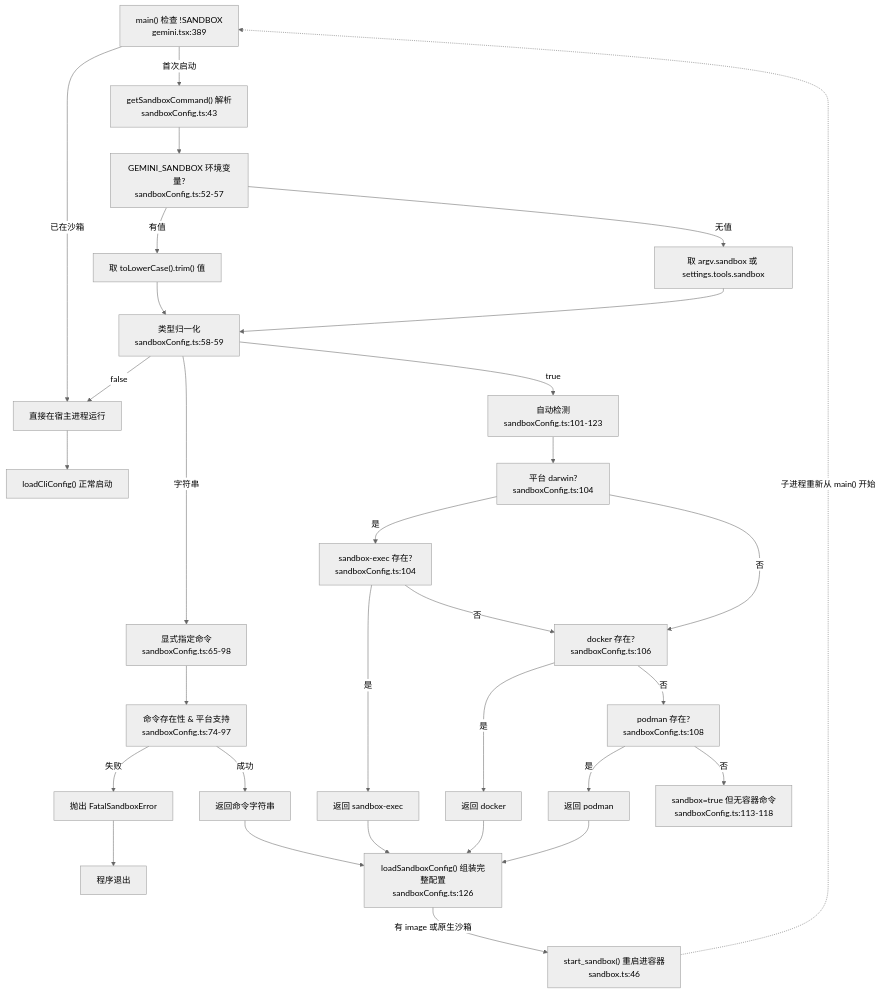
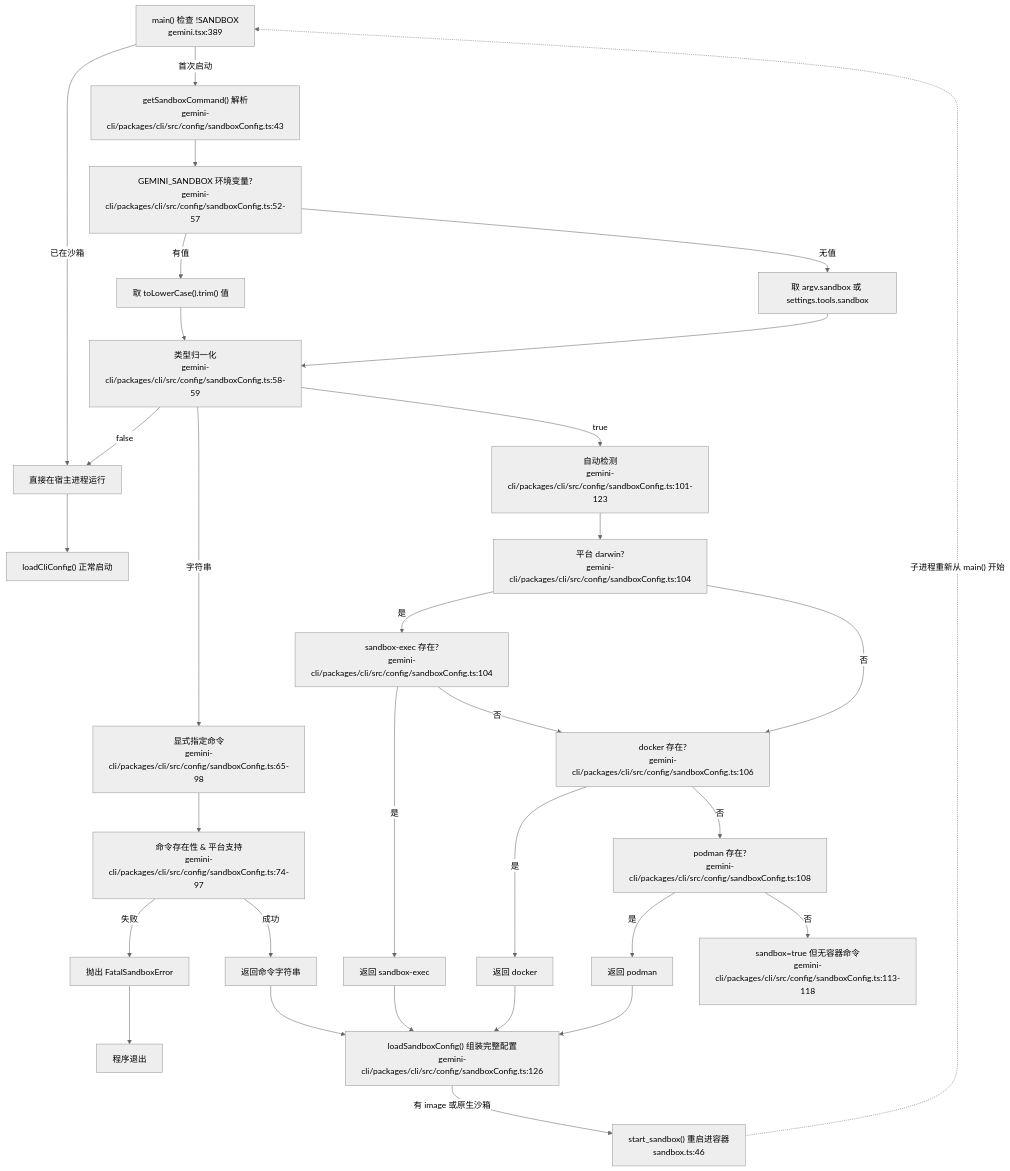
One commit to feuyeux/hello-olleh changed the second of 2 diagrams in hello-gemini-cli/02-startup-flow.md. Above: the diagram before and after it, drawn with Mermaid. The commit also changed other lines of this file and 36 other files, not shown here.

````diff
--- a/hello-gemini-cli/02-startup-flow.md
+++ b/hello-gemini-cli/02-startup-flow.md
@@ -73,35 +73,35 @@
 ```mermaid
 %%{init: {'theme': 'neutral'}}%%
 flowchart TD
     Entry["main() 检查 !SANDBOX<br/>gemini.tsx:389"]
     Entry -->|已在沙箱| Direct["直接在宿主进程运行"]
-    Entry -->|首次启动| Resolve["getSandboxCommand() 解析<br/>sandboxConfig.ts:43"]
-    Resolve --> Env["GEMINI_SANDBOX 环境变量?<br/>sandboxConfig.ts:52-57"]
+    Entry -->|首次启动| Resolve["getSandboxCommand() 解析<br/>gemini-cli/packages/cli/src/config/sandboxConfig.ts:43"]
+    Resolve --> Env["GEMINI_SANDBOX 环境变量?<br/>gemini-cli/packages/cli/src/config/sandboxConfig.ts:52-57"]
     Env -->|有值| EnvVal["取 toLowerCase().trim() 值"]
     Env -->|无值| ArgVal["取 argv.sandbox 或 settings.tools.sandbox"]
-    EnvVal --> Normalize["类型归一化<br/>sandboxConfig.ts:58-59"]
+    EnvVal --> Normalize["类型归一化<br/>gemini-cli/packages/cli/src/config/sandboxConfig.ts:58-59"]
     ArgVal --> Normalize
     Normalize -->|false| Direct
-    Normalize -->|字符串| Explicit["显式指定命令<br/>sandboxConfig.ts:65-98"]
-    Normalize -->|true| Auto["自动检测<br/>sandboxConfig.ts:101-123"]
-    Explicit --> Validate["命令存在性 & 平台支持<br/>sandboxConfig.ts:74-97"]
+    Normalize -->|字符串| Explicit["显式指定命令<br/>gemini-cli/packages/cli/src/config/sandboxConfig.ts:65-98"]
+    Normalize -->|true| Auto["自动检测<br/>gemini-cli/packages/cli/src/config/sandboxConfig.ts:101-123"]
+    Explicit --> Validate["命令存在性 & 平台支持<br/>gemini-cli/packages/cli/src/config/sandboxConfig.ts:74-97"]
     Validate -->|失败| Error["抛出 FatalSandboxError"]
     Validate -->|成功| ReturnCmd["返回命令字符串"]
-    Auto --> Darwin?["平台 darwin?<br/>sandboxConfig.ts:104"]
-    Darwin? -->|是| SB?["sandbox-exec 存在?<br/>sandboxConfig.ts:104"]
-    Darwin? -->|否| Docker?["docker 存在?<br/>sandboxConfig.ts:106"]
+    Auto --> Darwin?["平台 darwin?<br/>gemini-cli/packages/cli/src/config/sandboxConfig.ts:104"]
+    Darwin? -->|是| SB?["sandbox-exec 存在?<br/>gemini-cli/packages/cli/src/config/sandboxConfig.ts:104"]
+    Darwin? -->|否| Docker?["docker 存在?<br/>gemini-cli/packages/cli/src/config/sandboxConfig.ts:106"]
     SB? -->|是| ReturnSeatbelt["返回 sandbox-exec"]
     SB? -->|否| Docker?
     Docker? -->|是| ReturnDocker["返回 docker"]
-    Docker? -->|否| Podman?["podman 存在?<br/>sandboxConfig.ts:108"]
+    Docker? -->|否| Podman?["podman 存在?<br/>gemini-cli/packages/cli/src/config/sandboxConfig.ts:108"]
     Podman? -->|是| ReturnPodman["返回 podman"]
-    Podman? -->|否| NoCmd["sandbox=true 但无容器命令<br/>sandboxConfig.ts:113-118"]
+    Podman? -->|否| NoCmd["sandbox=true 但无容器命令<br/>gemini-cli/packages/cli/src/config/sandboxConfig.ts:113-118"]
     Direct --> MainFlow["loadCliConfig() 正常启动"]
-    ReturnCmd --> LoadCfg["loadSandboxConfig() 组装完整配置<br/>sandboxConfig.ts:126"]
+    ReturnCmd --> LoadCfg["loadSandboxConfig() 组装完整配置<br/>gemini-cli/packages/cli/src/config/sandboxConfig.ts:126"]
     ReturnSeatbelt --> LoadCfg
     ReturnDocker --> LoadCfg
     ReturnPodman --> LoadCfg
     LoadCfg -->|有 image 或原生沙箱| Spawn["start_sandbox() 重启进容器<br/>sandbox.ts:46"]
     Spawn -. "子进程重新从 main() 开始" .-> Entry
     Error --> H["程序退出"]
 ```
````
